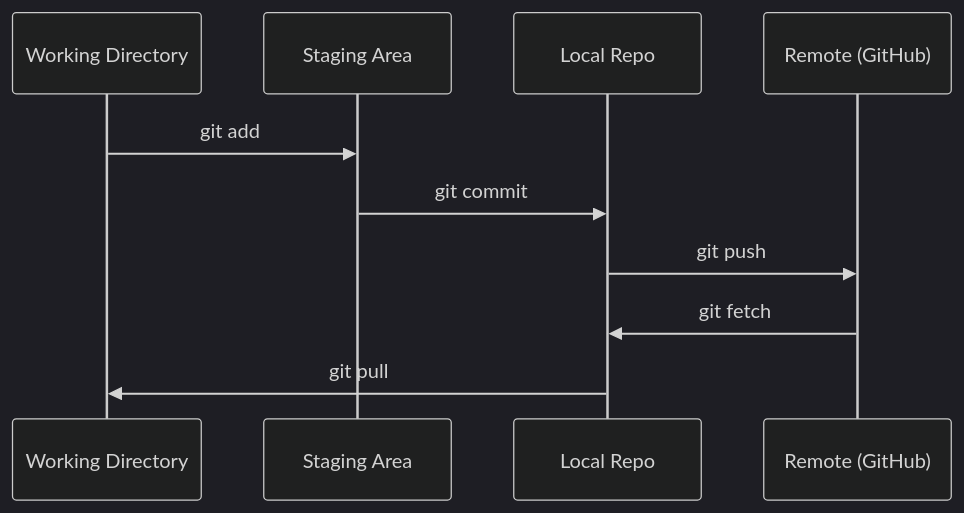
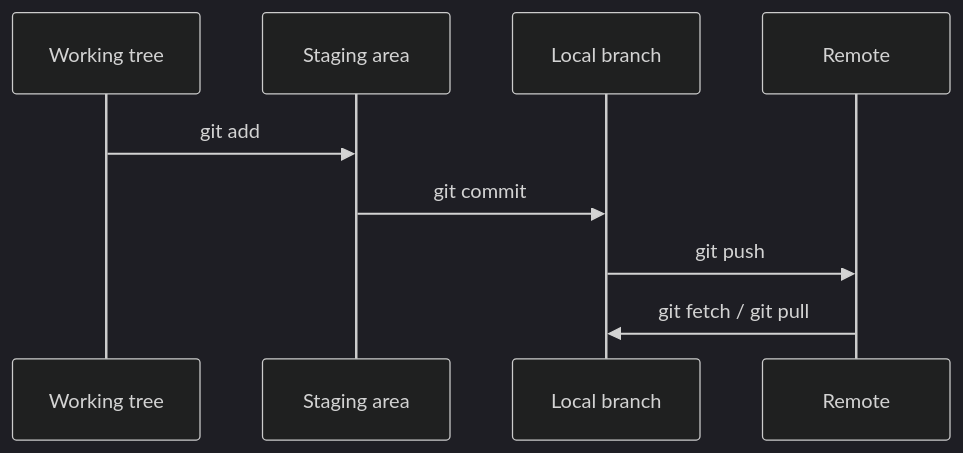
One commit to t3mr0i/ai-engineering-from-scratch changed the diagram in phases/00-setup-and-tooling/02-git-and-collaboration/docs/en.md. Above: the diagram before and after it, drawn with Mermaid (dark theme). The commit also changed other lines of this file and 28 other files, not shown here.

````diff
--- a/phases/00-setup-and-tooling/02-git-and-collaboration/docs/en.md
+++ b/phases/00-setup-and-tooling/02-git-and-collaboration/docs/en.md
@@ -25,12 +24,11 @@
 ```mermaid
 sequenceDiagram
-    participant WD as Working Directory
-    participant SA as Staging Area
-    participant LR as Local Repo
-    participant R as Remote (GitHub)
-    WD->>SA: git add
-    SA->>LR: git commit
-    LR->>R: git push
-    R->>LR: git fetch
-    LR->>WD: git pull
+    participant W as Working tree
+    participant S as Staging area
+    participant L as Local branch
+    participant R as Remote
+    W->>S: git add
+    S->>L: git commit
+    L->>R: git push
+    R->>L: git fetch / git pull
 ```
````
